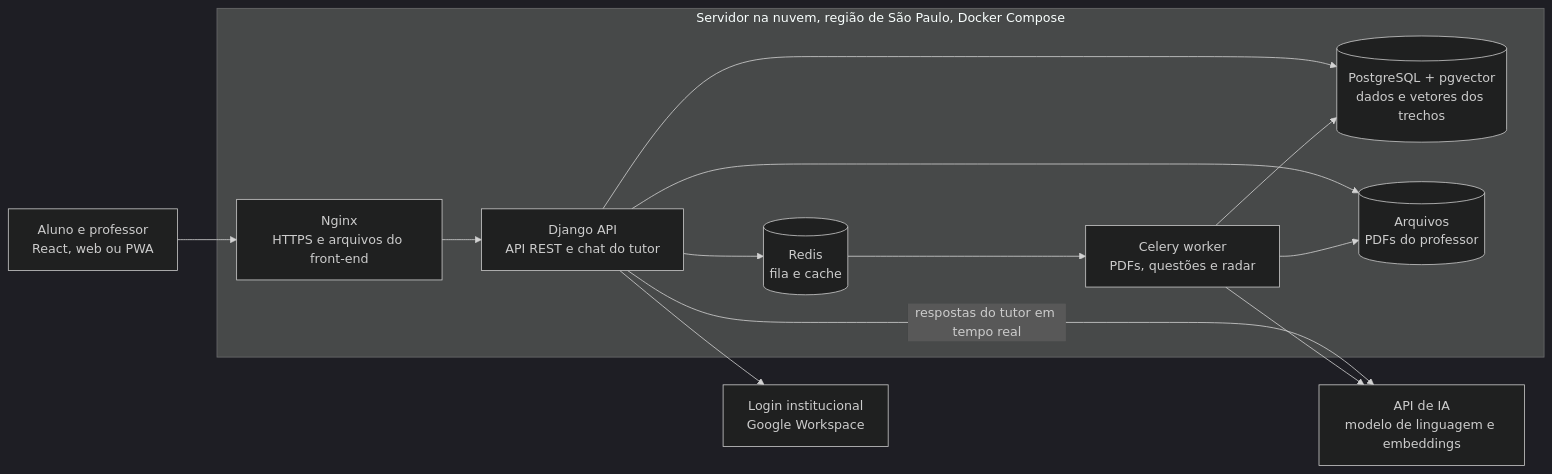
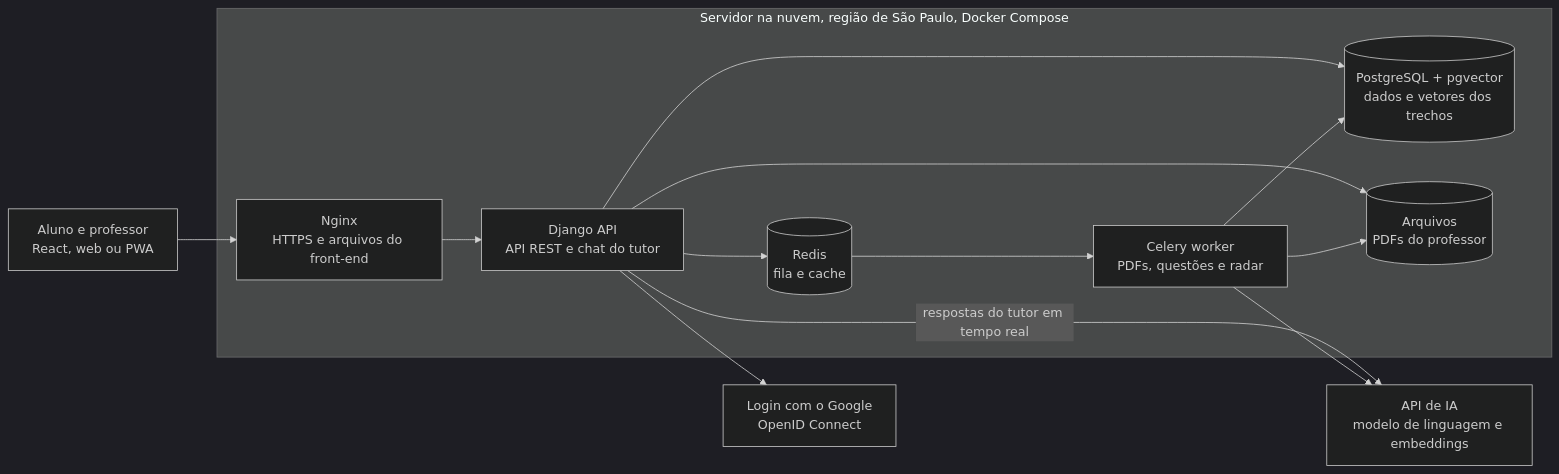
Before and after one commit to Chicosk1/Farol: the first of 3 diagrams in docs/arquitetura.md, drawn with Mermaid (dark theme). The commit also changed other lines of this file and 4 other files, not shown here.

````diff
--- a/docs/arquitetura.md
+++ b/docs/arquitetura.md
@@ -9,24 +9,24 @@
 ```mermaid
 flowchart LR
     user["Aluno e professor<br/>React, web ou PWA"]
-    sso["Login institucional<br/>Google Workspace"]
+    sso["Login com o Google<br/>OpenID Connect"]
     subgraph servidor["Servidor na nuvem, região de São Paulo, Docker Compose"]
         nginx["Nginx<br/>HTTPS e arquivos do front-end"]
         django["Django API<br/>API REST e chat do tutor"]
         redis[("Redis<br/>fila e cache")]
         celery["Celery worker<br/>PDFs, questões e radar"]
         pg[("PostgreSQL + pgvector<br/>dados e vetores dos trechos")]
         arquivos[("Arquivos<br/>PDFs do professor")]
     end
     ia["API de IA<br/>modelo de linguagem e embeddings"]
 
     user --> nginx --> django
     django --> sso
     django --> redis --> celery
     django --> pg
     celery --> pg
     django -- "respostas do tutor em tempo real" --> ia
     celery --> ia
     django --> arquivos
     celery --> arquivos
 ```
````
